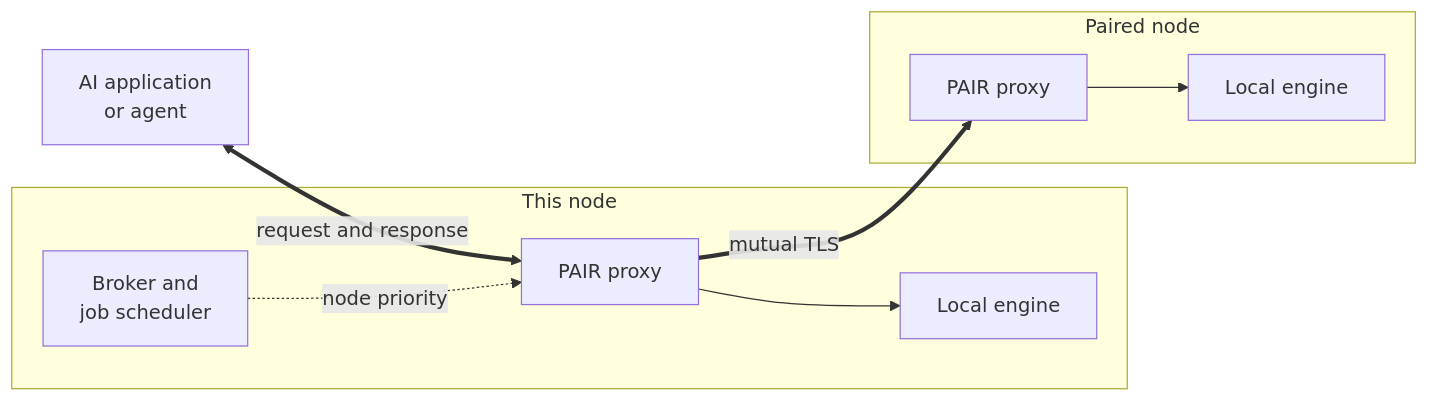
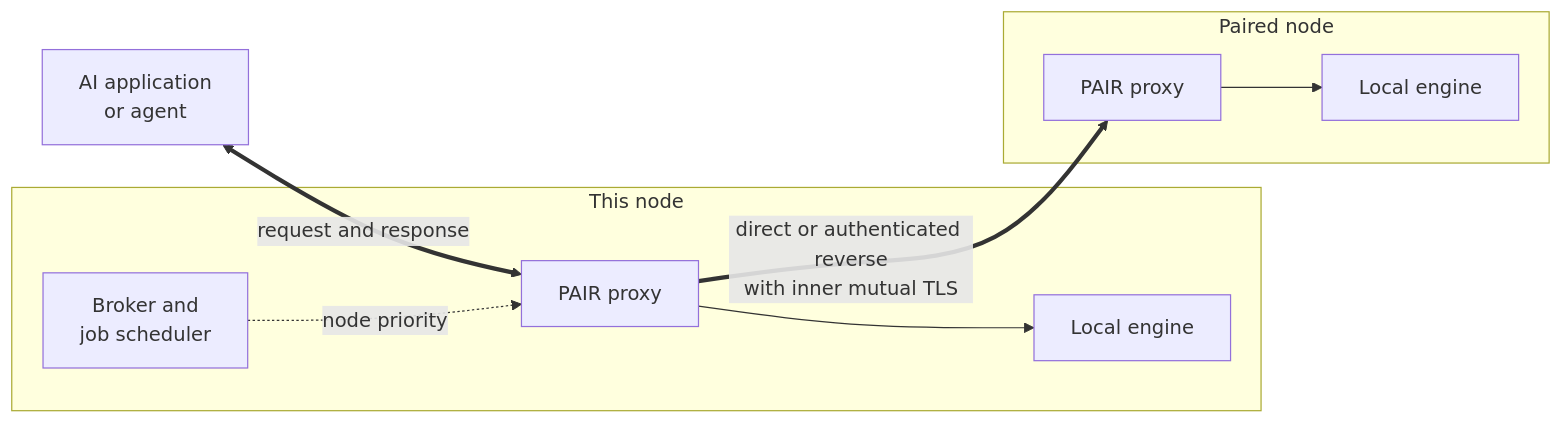
One commit to corbinjurgens/Personal-AI-Router changed the fourth of 5 diagrams in docs/architecture.mdx. Above: the diagram before and after it, drawn with Mermaid. The commit also changed other lines of this file and 8 other files, not shown here.

````diff
--- a/docs/architecture.mdx
+++ b/docs/architecture.mdx
@@ -250,21 +262,21 @@
 ```mermaid
 flowchart LR
     Client["AI application<br/>or agent"]
 
     subgraph ThisNode["This node"]
         Proxy["PAIR proxy"]
         LocalEngine["Local engine"]
         Control["Broker and<br/>job scheduler"]
     end
 
     subgraph Peer["Paired node"]
         RemoteProxy["PAIR proxy"]
         RemoteEngine["Local engine"]
     end
 
     Client <==>|"request and response"| Proxy
     Proxy --> LocalEngine
-    Proxy ==>|"mutual TLS"| RemoteProxy
+    Proxy ==>|"direct or authenticated reverse<br/>with inner mutual TLS"| RemoteProxy
     RemoteProxy --> RemoteEngine
     Control -.->|"node priority"| Proxy
 ```
````
